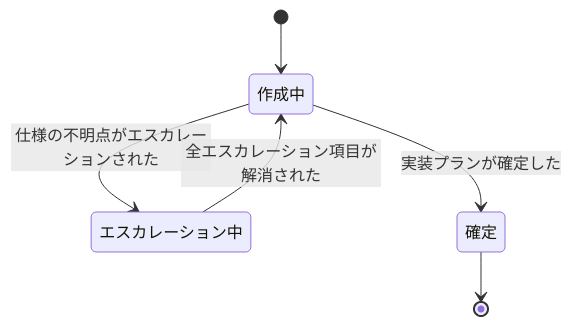
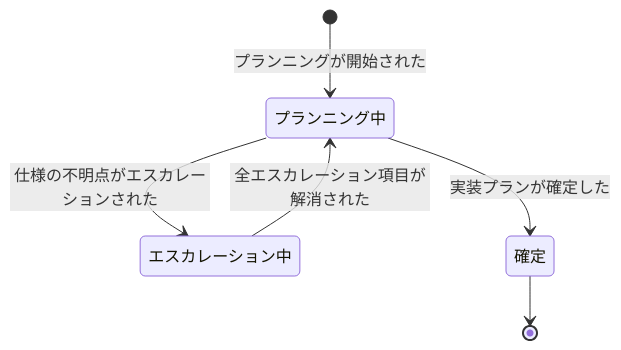
One commit to kuchita-el/claude-shared-skills changed the first of 5 diagrams in docs/development/event-storming.md. Above: the diagram before and after it, drawn with Mermaid. The commit also changed other lines of this file, not shown here.

````diff
--- a/docs/development/event-storming.md
+++ b/docs/development/event-storming.md
@@ -77,8 +79,8 @@
 ```mermaid
 stateDiagram-v2
-    [*] --> 作成中
-    作成中 --> エスカレーション中: 仕様の不明点がエスカレーションされた
-    エスカレーション中 --> 作成中: 全エスカレーション項目が解消された
-    作成中 --> 確定: 実装プランが確定した
+    [*] --> プランニング中: プランニングが開始された
+    プランニング中 --> エスカレーション中: 仕様の不明点がエスカレーションされた
+    エスカレーション中 --> プランニング中: 全エスカレーション項目が解消された
+    プランニング中 --> 確定: 実装プランが確定した
     確定 --> [*]
 ```
````
